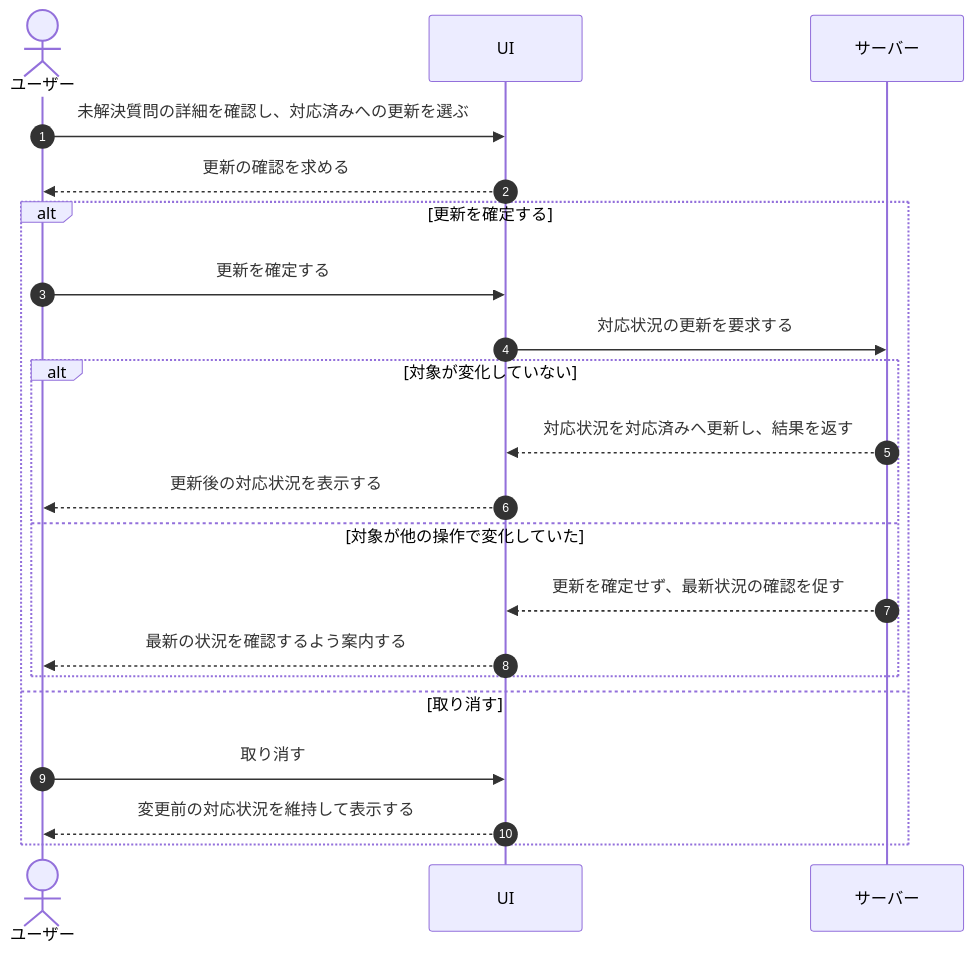
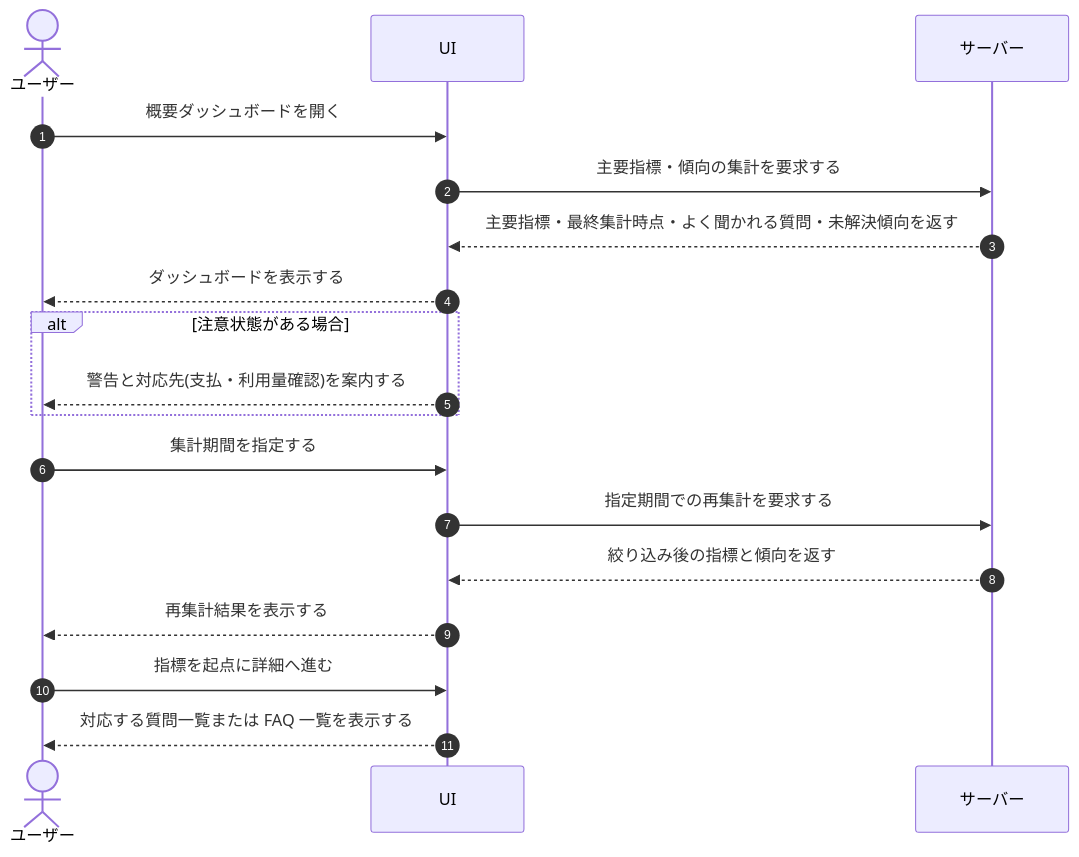
Before and after one commit to sikakou54/open-faq: the diagram in 01_requirements/04_business_usecases/UC-032.md, drawn with Mermaid. The commit also changed other lines of this file and 395 other files, not shown here.

````diff
--- a/01_requirements/04_business_usecases/UC-032.md
+++ b/01_requirements/04_business_usecases/UC-032.md
@@ -26,24 +27,21 @@
 ```mermaid
 sequenceDiagram
   autonumber
   actor U as ユーザー
   participant UI as UI
   participant S as サーバー
 
-  U->>UI: 未解決質問の詳細を確認し、対応済みへの更新を選ぶ
-  UI-->>U: 更新の確認を求める
-  alt 更新を確定する
-    U->>UI: 更新を確定する
-    UI->>S: 対応状況の更新を要求する
-    alt 対象が変化していない
-      S-->>UI: 対応状況を対応済みへ更新し、結果を返す
-      UI-->>U: 更新後の対応状況を表示する
-    else 対象が他の操作で変化していた
-      S-->>UI: 更新を確定せず、最新状況の確認を促す
-      UI-->>U: 最新の状況を確認するよう案内する
-    end
-  else 取り消す
-    U->>UI: 取り消す
-    UI-->>U: 変更前の対応状況を維持して表示する
+  U->>UI: 概要ダッシュボードを開く
+  UI->>S: 主要指標・傾向の集計を要求する
+  S-->>UI: 主要指標・最終集計時点・よく聞かれる質問・未解決傾向を返す
+  UI-->>U: ダッシュボードを表示する
+  alt 注意状態がある場合
+    UI-->>U: 警告と対応先(支払・利用量確認)を案内する
   end
+  U->>UI: 集計期間を指定する
+  UI->>S: 指定期間での再集計を要求する
+  S-->>UI: 絞り込み後の指標と傾向を返す
+  UI-->>U: 再集計結果を表示する
+  U->>UI: 指標を起点に詳細へ進む
+  UI-->>U: 対応する質問一覧または FAQ 一覧を表示する
 ```
````
